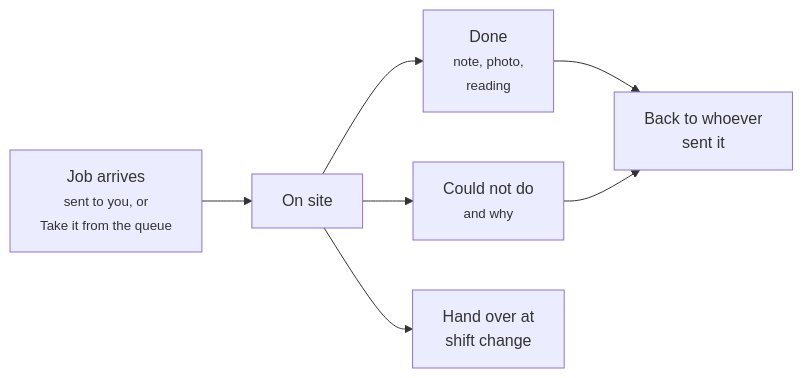
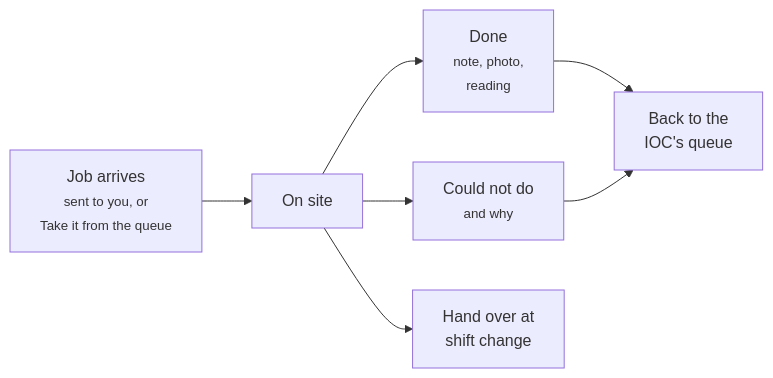
One commit to areed145/fuzer changed the diagram in docs/guides/field-operator.md. Above: the diagram before and after it, drawn with Mermaid. The commit also changed other lines of this file and 41 other files, not shown here.

````diff
--- a/docs/guides/field-operator.md
+++ b/docs/guides/field-operator.md
@@ -7,9 +7,9 @@
 ```mermaid
 flowchart LR
   j["Job arrives<br><small>sent to you, or<br>Take it from the queue</small>"] --> o["On site"]
   o --> d["Done<br><small>note, photo,<br>reading</small>"]
   o --> n["Could not do<br><small>and why</small>"]
-  d --> ioc["Back to whoever<br>sent it"]
+  d --> ioc["Back to the<br>IOC's queue"]
   n --> ioc
   o --> h["Hand over at<br>shift change"]
 ```
````
